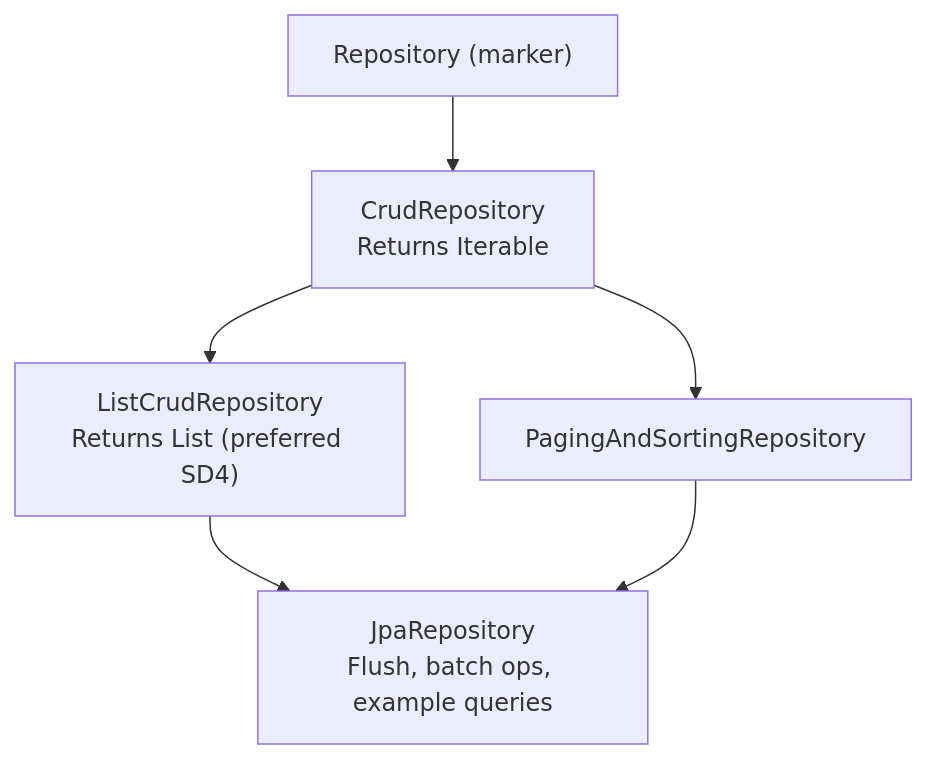
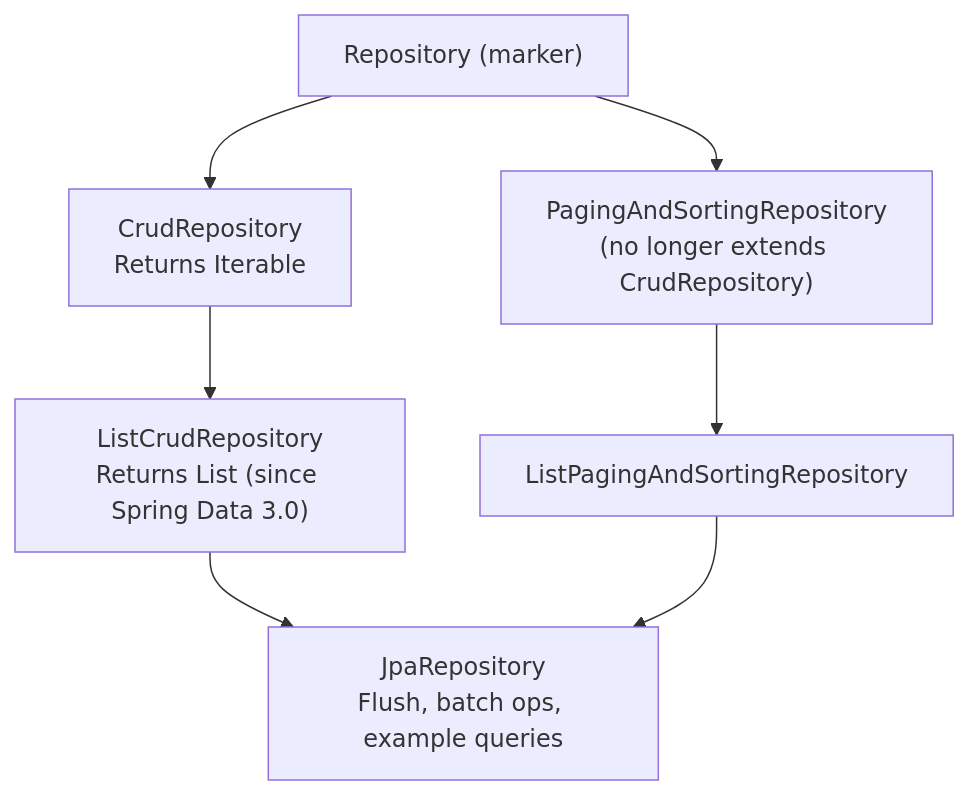
Before and after one commit to mostafasroor1983/fintech-engineering-mastery: the second of 2 diagrams in docs/content/tracks/track-13-spring-boot-4/lesson-04-spring-data-4/index.md, drawn with Mermaid. The commit also changed other lines of this file and 230 other files, not shown here.

````diff
--- a/docs/content/tracks/track-13-spring-boot-4/lesson-04-spring-data-4/index.md
+++ b/docs/content/tracks/track-13-spring-boot-4/lesson-04-spring-data-4/index.md
@@ -285,14 +300,16 @@
 ```mermaid
 graph TD
     R["Repository (marker)"]
     CR["CrudRepository\nReturns Iterable"]
-    LCR["ListCrudRepository\nReturns List (preferred SD4)"]
-    PASR["PagingAndSortingRepository"]
+    LCR["ListCrudRepository\nReturns List (since Spring Data 3.0)"]
+    PASR["PagingAndSortingRepository\n(no longer extends CrudRepository)"]
+    LPASR["ListPagingAndSortingRepository"]
     JPR["JpaRepository\nFlush, batch ops, example queries"]
 
     R --> CR
     CR --> LCR
-    CR --> PASR
+    R --> PASR
+    PASR --> LPASR
     LCR --> JPR
-    PASR --> JPR
+    LPASR --> JPR
 ```
````
